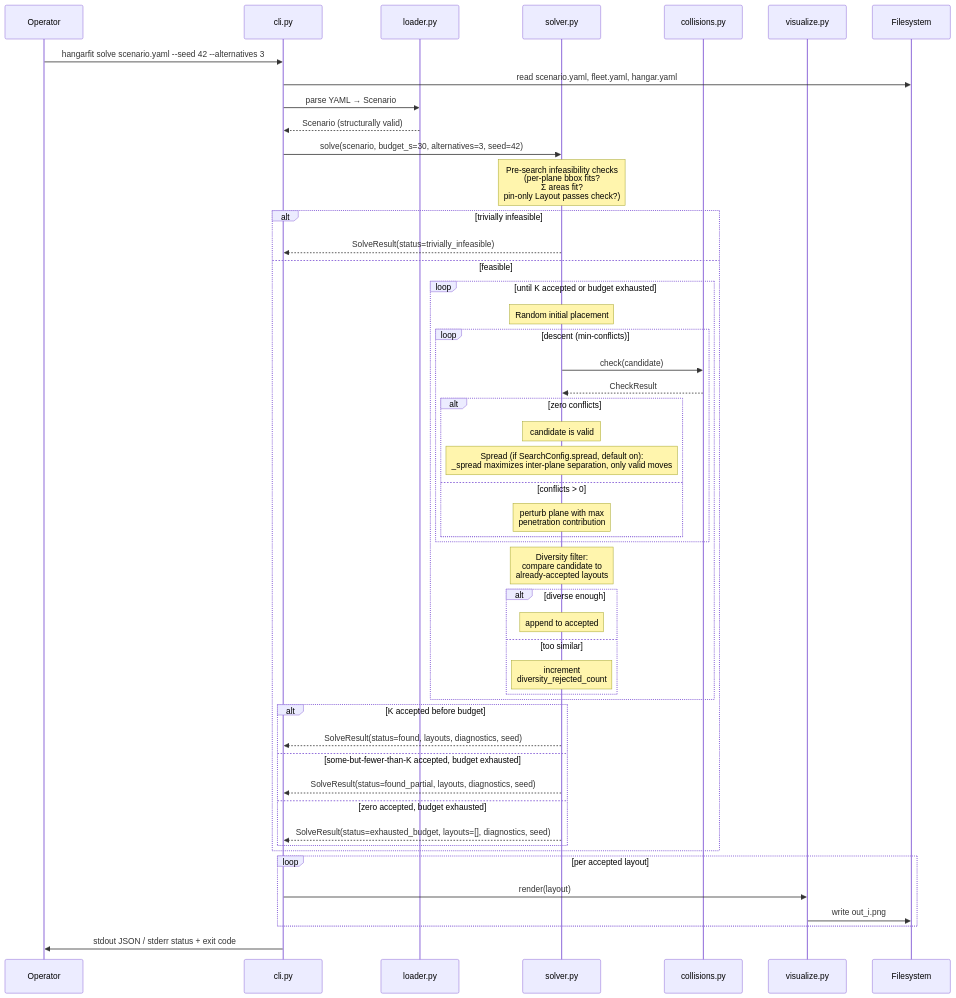
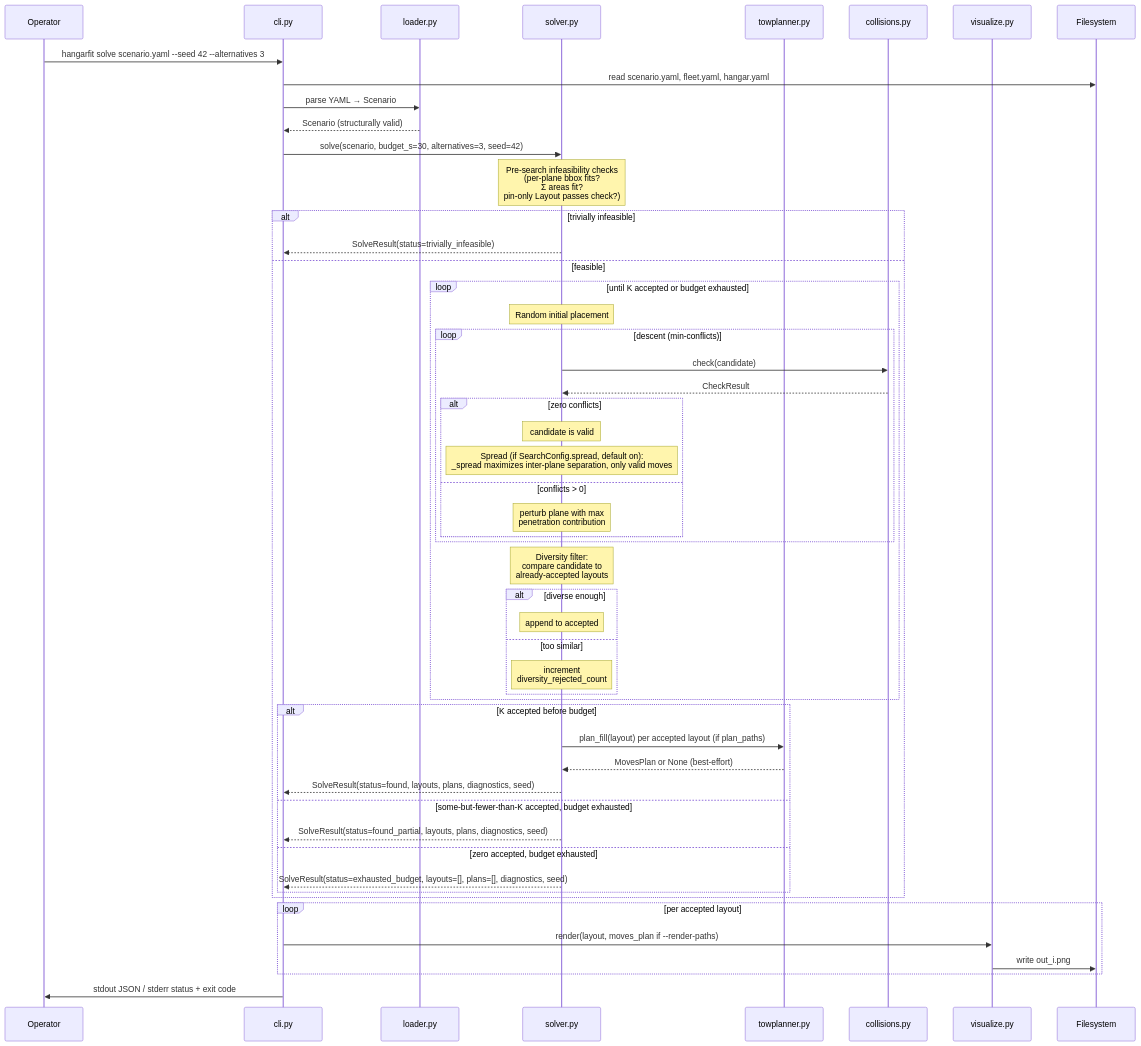
The second of 2 diagrams in docs/architecture/06-runtime-view.md (DocGerd/hangarfit), drawn with Mermaid before and after one commit. The commit also changed other lines of this file and 5 other files, not shown here.

````diff
--- a/docs/architecture/06-runtime-view.md
+++ b/docs/architecture/06-runtime-view.md
@@ -61,54 +61,57 @@
 ```mermaid
 sequenceDiagram
     participant Op as Operator
     participant CLI as cli.py
     participant Loader as loader.py
     participant Solver as solver.py
+    participant Tow as towplanner.py
     participant Coll as collisions.py
     participant Viz as visualize.py
     participant FS as Filesystem
 
     Op->>CLI: hangarfit solve scenario.yaml --seed 42 --alternatives 3
     CLI->>FS: read scenario.yaml, fleet.yaml, hangar.yaml
     CLI->>Loader: parse YAML → Scenario
     Loader-->>CLI: Scenario (structurally valid)
 
     CLI->>Solver: solve(scenario, budget_s=30, alternatives=3, seed=42)
     Note over Solver: Pre-search infeasibility checks<br/>(per-plane bbox fits?<br/>Σ areas fit?<br/>pin-only Layout passes check?)
     alt trivially infeasible
         Solver-->>CLI: SolveResult(status=trivially_infeasible)
     else feasible
         loop until K accepted or budget exhausted
             Note over Solver: Random initial placement
             loop descent (min-conflicts)
                 Solver->>Coll: check(candidate)
                 Coll-->>Solver: CheckResult
                 alt zero conflicts
                     Note over Solver: candidate is valid
                     Note over Solver: Spread (if SearchConfig.spread, default on):<br/>_spread maximizes inter-plane separation, only valid moves
                 else conflicts > 0
                     Note over Solver: perturb plane with max<br/>penetration contribution
                 end
             end
             Note over Solver: Diversity filter:<br/>compare candidate to<br/>already-accepted layouts
             alt diverse enough
                 Note over Solver: append to accepted
             else too similar
                 Note over Solver: increment<br/>diversity_rejected_count
             end
         end
         alt K accepted before budget
-            Solver-->>CLI: SolveResult(status=found, layouts, diagnostics, seed)
+            Solver->>Tow: plan_fill(layout) per accepted layout (if plan_paths)
+            Tow-->>Solver: MovesPlan or None (best-effort)
+            Solver-->>CLI: SolveResult(status=found, layouts, plans, diagnostics, seed)
         else some-but-fewer-than-K accepted, budget exhausted
-            Solver-->>CLI: SolveResult(status=found_partial, layouts, diagnostics, seed)
+            Solver-->>CLI: SolveResult(status=found_partial, layouts, plans, diagnostics, seed)
         else zero accepted, budget exhausted
-            Solver-->>CLI: SolveResult(status=exhausted_budget, layouts=[], diagnostics, seed)
+            Solver-->>CLI: SolveResult(status=exhausted_budget, layouts=[], plans=[], diagnostics, seed)
         end
     end
 
     loop per accepted layout
-        CLI->>Viz: render(layout)
+        CLI->>Viz: render(layout, moves_plan if --render-paths)
         Viz->>FS: write out_i.png
     end
     CLI->>Op: stdout JSON / stderr status + exit code
 ```
````
